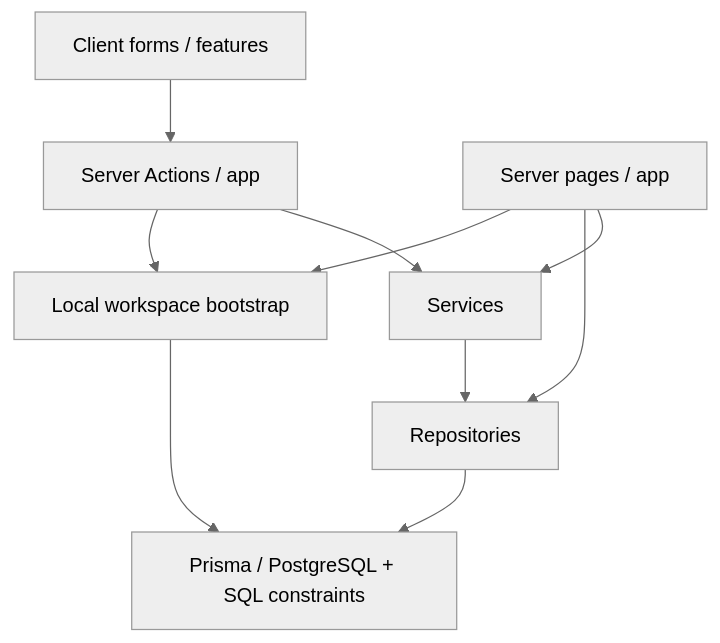
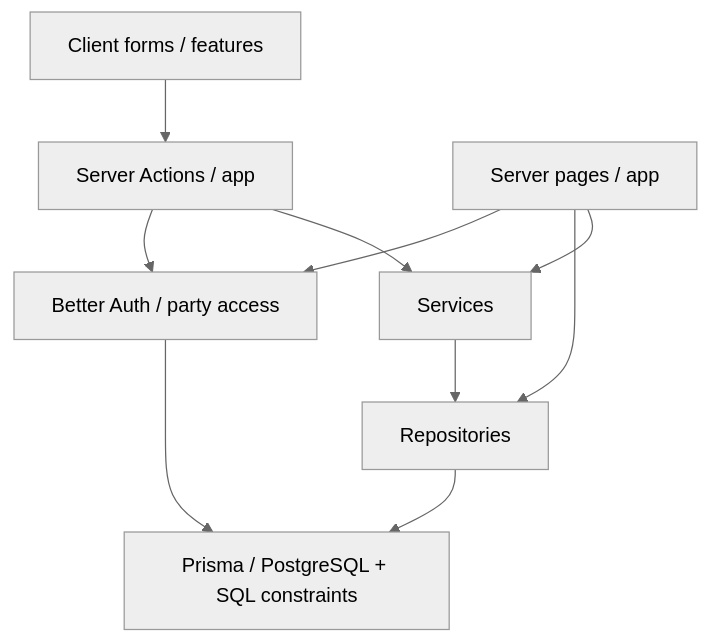
Before and after one commit to OleinikovArtem/managment: the diagram in docs/ARCHITECTURE.md, drawn with Mermaid (neutral theme). The commit also changed other lines of this file and 75 other files, not shown here.

Commit message:
Add authentication and party access

````diff
--- a/docs/ARCHITECTURE.md
+++ b/docs/ARCHITECTURE.md
@@ -5,12 +5,12 @@
 ```mermaid
 flowchart TD
   UI[Client forms / features] --> A[Server Actions / app]
   P[Server pages / app] --> S[Services]
   A --> S
   S --> R[Repositories]
   P --> R
   R --> DB[Prisma / PostgreSQL + SQL constraints]
-  A --> W[Local workspace bootstrap]
-  P --> W
-  W --> DB
+  A --> AUTH[Better Auth / party access]
+  P --> AUTH
+  AUTH --> DB
 ```
````
